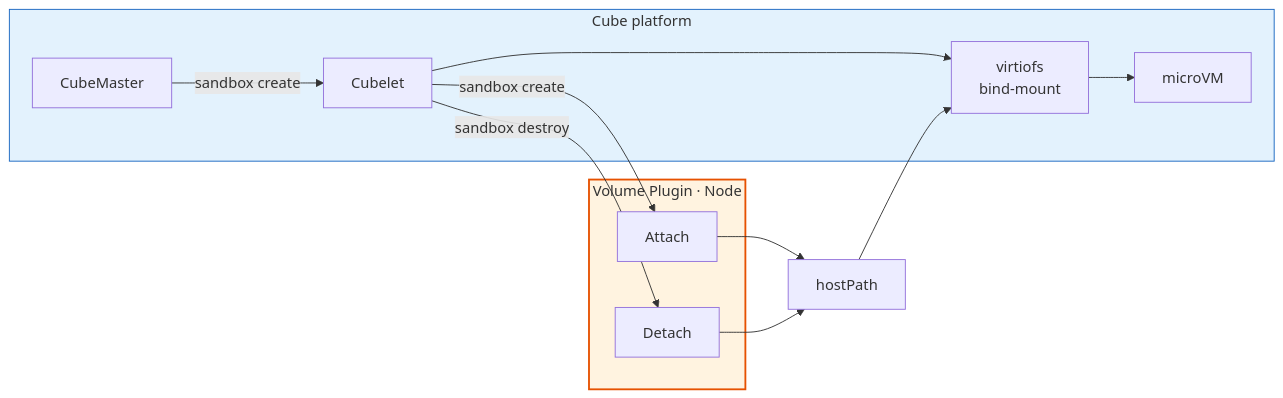
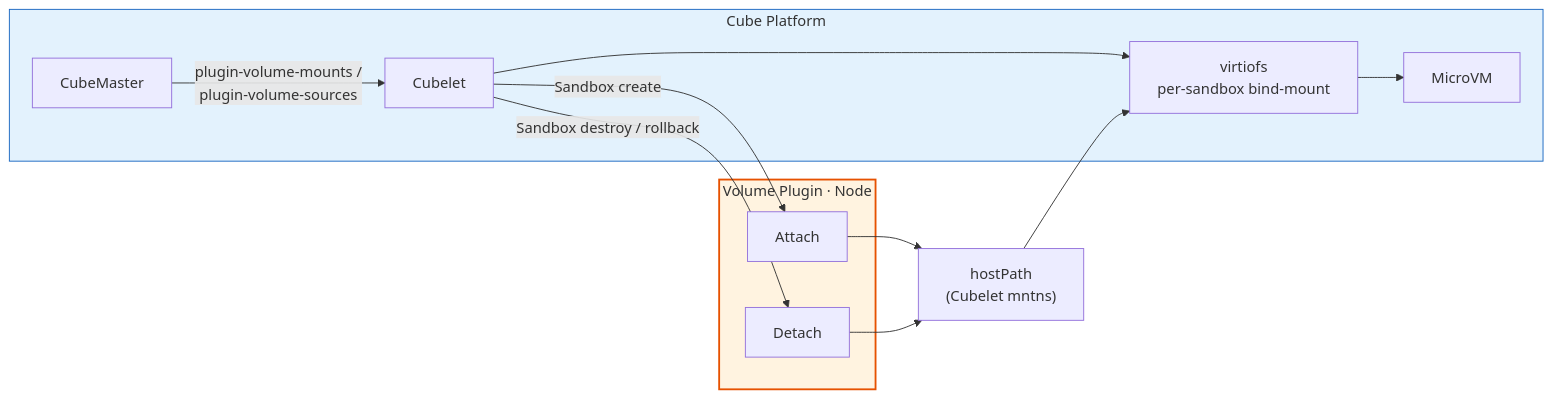
Before and after one commit to TencentCloud/CubeSandbox: the second of 4 diagrams in docs/guide/volume-plugin.md, drawn with Mermaid. The commit also changed other lines of this file and 14 other files, not shown here.

First line of the commit message:
docs(storage): split storage docs into Volume Usage and Volume Plugin Development (#2377)

````diff
--- a/docs/guide/volume-plugin.md
+++ b/docs/guide/volume-plugin.md
@@ -133,27 +56,27 @@
 ```mermaid
 flowchart LR
-    subgraph Cube2["Cube platform"]
+    subgraph Cube2["Cube Platform"]
         CM2["CubeMaster"]
         CL["Cubelet"]
-        VF["virtiofs\nbind-mount"]
-        SB["microVM"]
-        CM2 -->|"sandbox create"| CL
+        VF["virtiofs<br/>per-sandbox bind-mount"]
+        SB["MicroVM"]
+        CM2 -->|"plugin-volume-mounts /<br/>plugin-volume-sources"| CL
         CL --> VF --> SB
     end
 
     subgraph PluginN["Volume Plugin · Node"]
         NH1["Attach"]
         NH2["Detach"]
     end
 
-    HP["hostPath"]
+    HP["hostPath<br/>(Cubelet mntns)"]
 
-    CL -->|"sandbox create"| NH1
-    CL -->|"sandbox destroy"| NH2
+    CL -->|"Sandbox create"| NH1
+    CL -->|"Sandbox destroy / rollback"| NH2
     NH1 --> HP
     NH2 --> HP
     HP --> VF
 
     style PluginN fill:#fff3e0,stroke:#e65100,stroke-width:2px
     style Cube2 fill:#e3f2fd,stroke:#1565c0,stroke-width:1px
 ```
````
